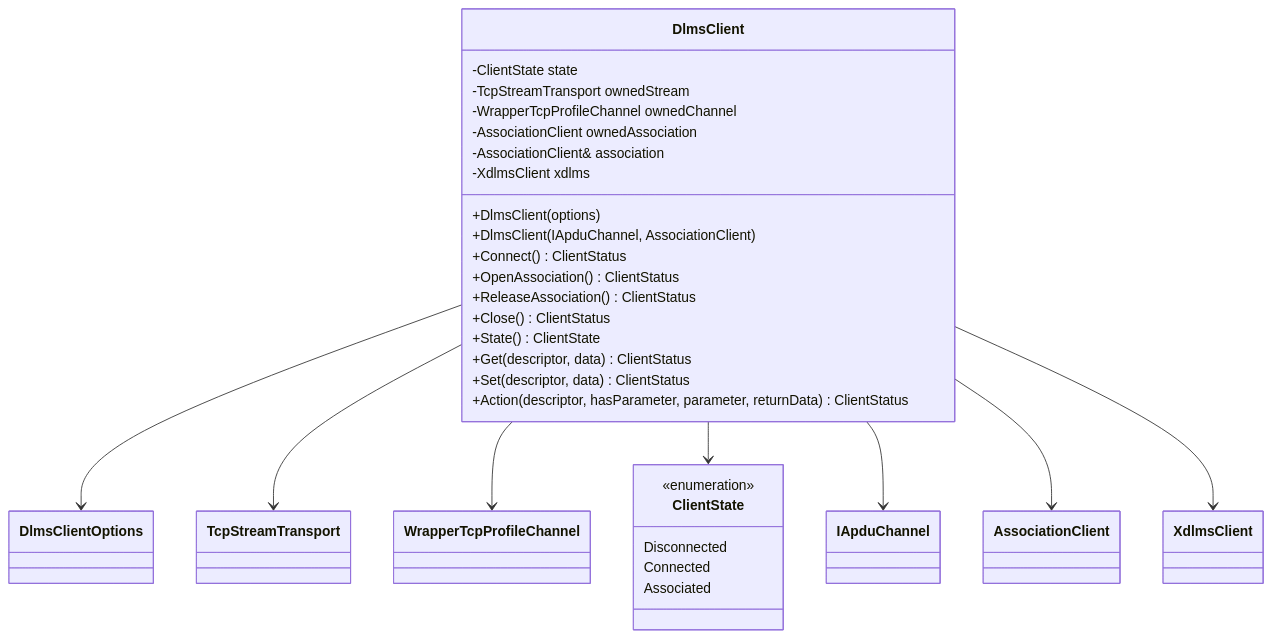
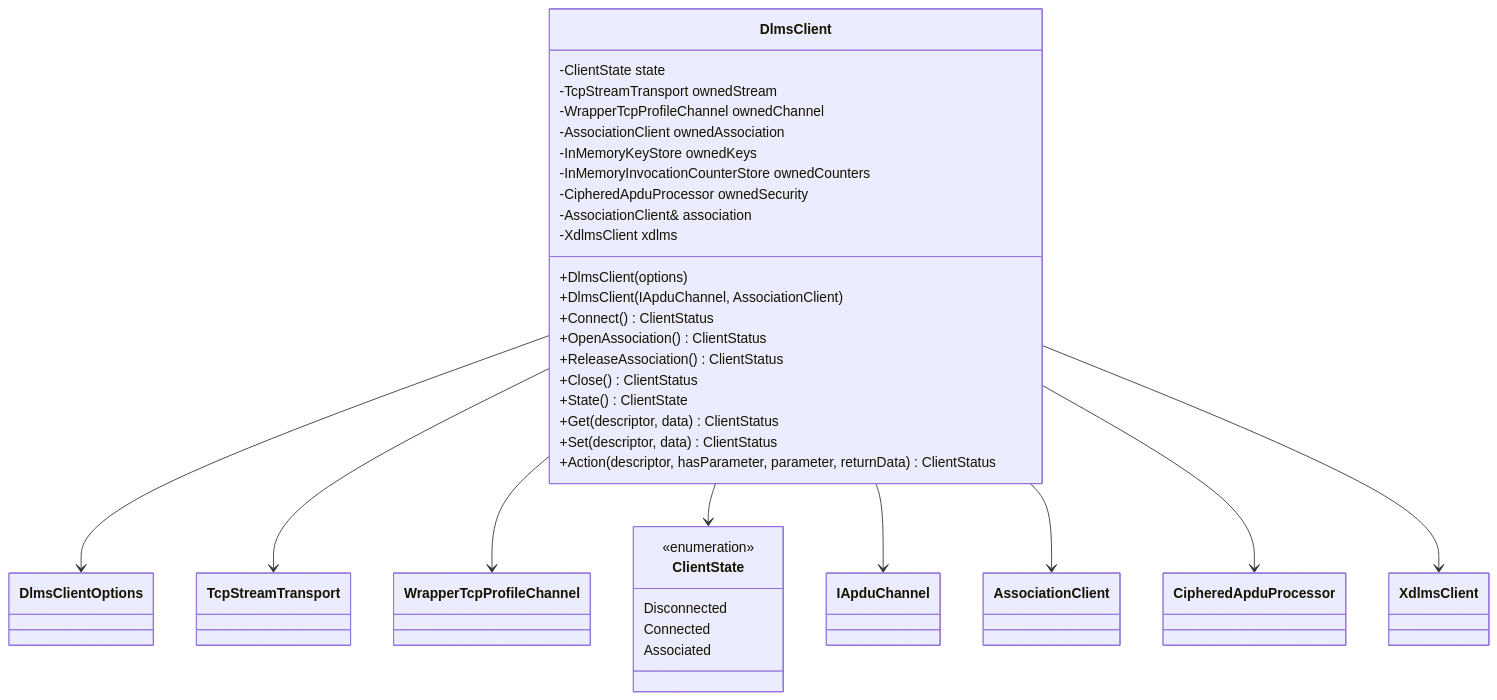
Before and after one commit to gvtret/dlms-client: the third of 5 diagrams in docs/02_client_architecture.md, drawn with Mermaid. The commit also changed other lines of this file and 4 other files, not shown here.

First line of the commit message:
docs(client): define security options

````diff
--- a/docs/02_client_architecture.md
+++ b/docs/02_client_architecture.md
@@ -61,43 +66,48 @@
 ```mermaid
 classDiagram
   class DlmsClient {
     -ClientState state
     -TcpStreamTransport ownedStream
     -WrapperTcpProfileChannel ownedChannel
     -AssociationClient ownedAssociation
+    -InMemoryKeyStore ownedKeys
+    -InMemoryInvocationCounterStore ownedCounters
+    -CipheredApduProcessor ownedSecurity
     -AssociationClient& association
     -XdlmsClient xdlms
     +DlmsClient(options)
     +DlmsClient(IApduChannel, AssociationClient)
     +Connect() ClientStatus
     +OpenAssociation() ClientStatus
     +ReleaseAssociation() ClientStatus
     +Close() ClientStatus
     +State() ClientState
     +Get(descriptor, data) ClientStatus
     +Set(descriptor, data) ClientStatus
     +Action(descriptor, hasParameter, parameter, returnData) ClientStatus
   }
 
   class ClientState {
     <<enumeration>>
     Disconnected
     Connected
     Associated
   }
 
   class DlmsClientOptions
   class TcpStreamTransport
   class WrapperTcpProfileChannel
   class IApduChannel
   class AssociationClient
+  class CipheredApduProcessor
   class XdlmsClient
 
   DlmsClient --> DlmsClientOptions
   DlmsClient --> TcpStreamTransport
   DlmsClient --> WrapperTcpProfileChannel
   DlmsClient --> ClientState
   DlmsClient --> IApduChannel
   DlmsClient --> AssociationClient
+  DlmsClient --> CipheredApduProcessor
   DlmsClient --> XdlmsClient
 ```
````
